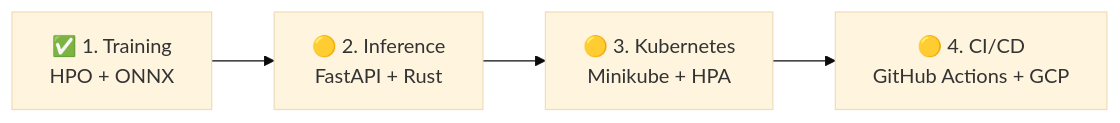
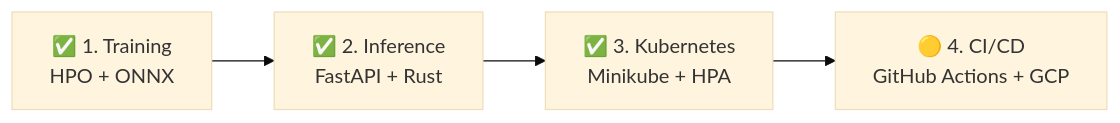
Before and after one commit to PilotLeoYan/RecycleNet-K8s: the first of 7 diagrams in README.md, drawn with Mermaid (base theme). The commit also changed other lines of this file and 18 other files, not shown here.

First line of the commit message:
feat(k8s): complete Phase 3 Cloud-Native Kubernetes orchestration, HPA v2 & local lab (#118)

````diff
--- a/README.md
+++ b/README.md
@@ -11,4 +11,4 @@
 ```mermaid
 flowchart LR
-    F1["✅ 1. Training<br/>HPO + ONNX"] --> F2["🟡 2. Inference<br/>FastAPI + Rust"] --> F3["🟡 3. Kubernetes<br/>Minikube + HPA"] --> F4["🟡 4. CI/CD<br/>GitHub Actions + GCP"]
+    F1["✅ 1. Training<br/>HPO + ONNX"] --> F2["✅ 2. Inference<br/>FastAPI + Rust"] --> F3["✅ 3. Kubernetes<br/>Minikube + HPA"] --> F4["🟡 4. CI/CD<br/>GitHub Actions + GCP"]
 ```
````
